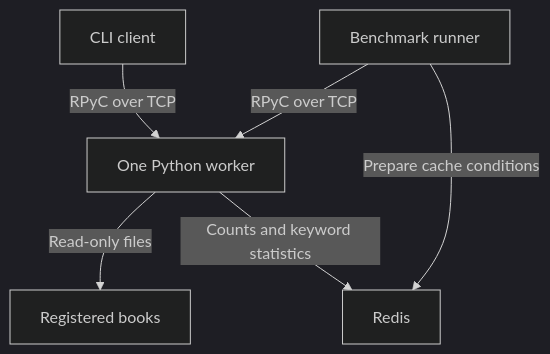
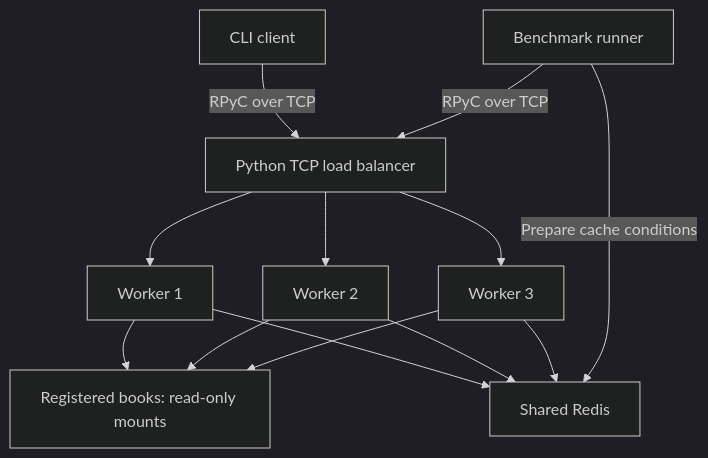
The diagram in README.md (Avaamh/Distributed_word_count_system), drawn with Mermaid (dark theme) before and after one commit. The commit also changed other lines of this file, not shown here.

Commit message:
docs(phase-3): update README with balancing and benchmark results

````diff
--- a/README.md
+++ b/README.md
@@ -9,8 +9,15 @@
 ```mermaid
 flowchart TD
-    C["CLI client"] -->|"RPyC over TCP"| W["One Python worker"]
-    B["Benchmark runner"] -->|"RPyC over TCP"| W
-    W -->|"Read-only files"| D["Registered books"]
-    W -->|"Counts and keyword statistics"| R["Redis"]
+    C["CLI client"] -->|"RPyC over TCP"| L["Python TCP load balancer"]
+    B["Benchmark runner"] -->|"RPyC over TCP"| L
+    L --> W1["Worker 1"]
+    L --> W2["Worker 2"]
+    L --> W3["Worker 3"]
+    W1 --> D["Registered books: read-only mounts"]
+    W2 --> D
+    W3 --> D
+    W1 --> R["Shared Redis"]
+    W2 --> R
+    W3 --> R
     B -->|"Prepare cache conditions"| R
 ```
````
